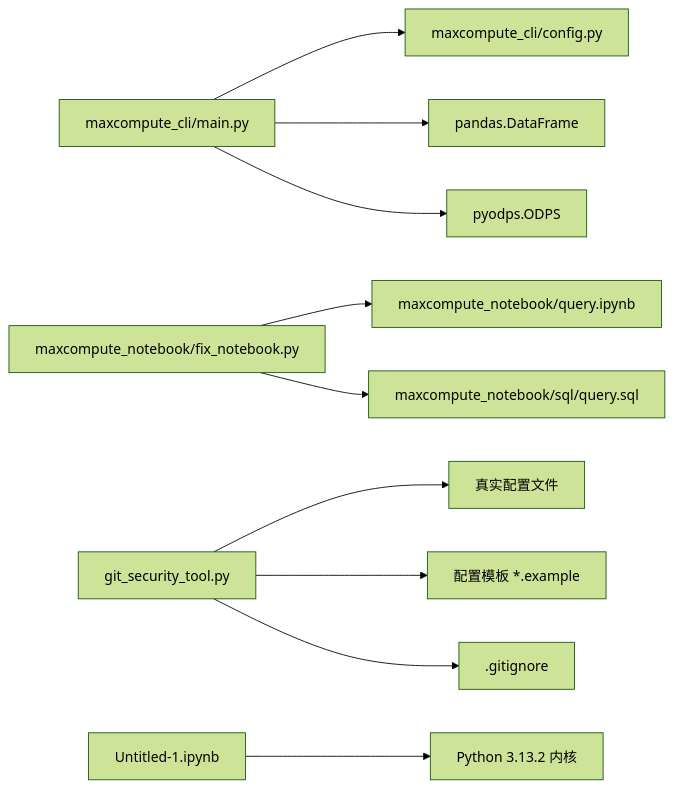
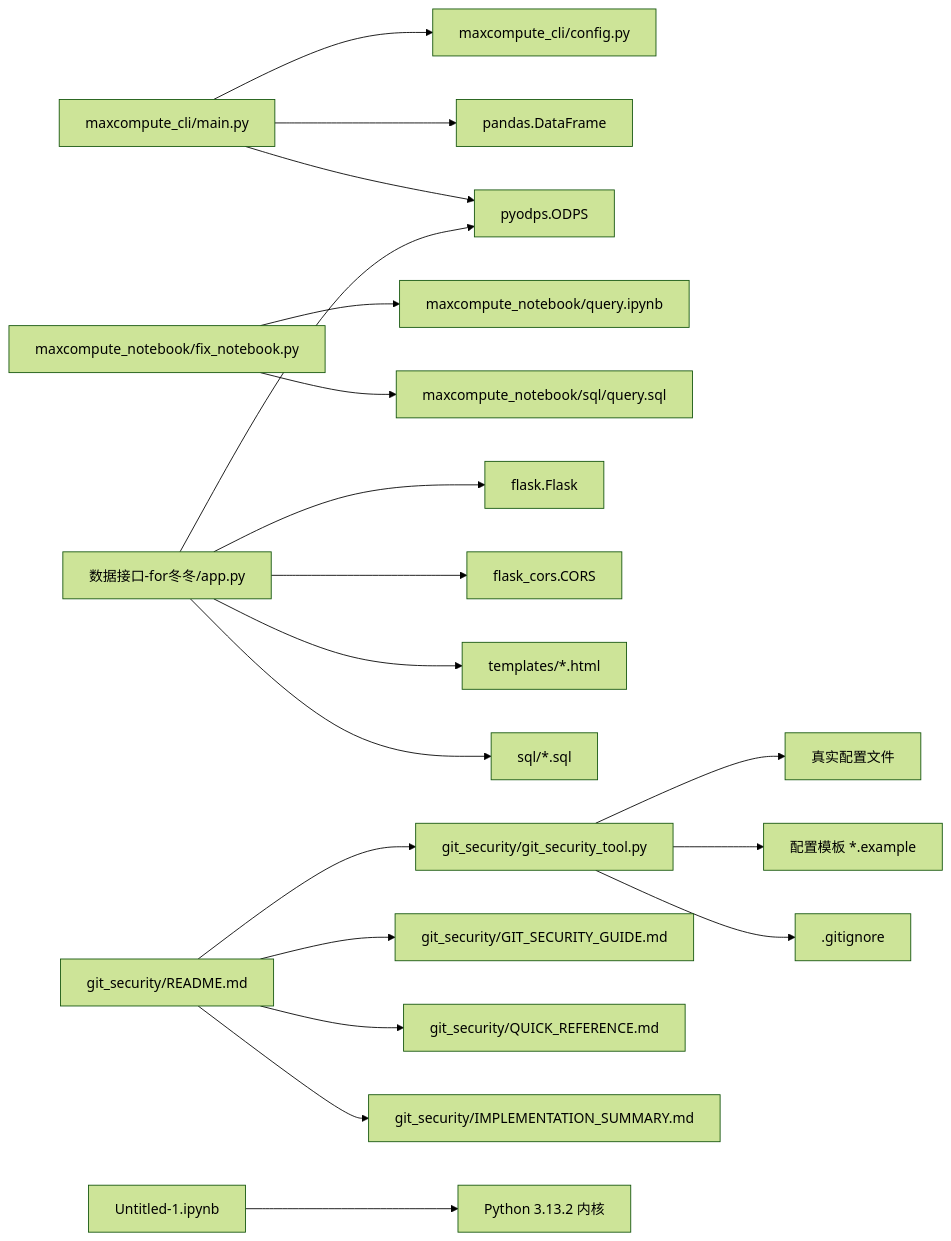
One commit to sd99886/test changed the seventh of 7 diagrams in .qoder/repowiki/zh/content/项目概述.md. Above: the diagram before and after it, drawn with Mermaid (forest theme). The commit also changed other lines of this file and 33 other files, not shown here.

Commit message:
chore: 项目结构调整与文档更新 - 新增飞书API客户端、决策评估表、衡石自定义图表模块 - 移除数据分析-for内部、ollma查询等废弃模块 - 更新repowiki文档结构 - 更新maxcompute_notebook SQL文件

````diff
--- a/.qoder/repowiki/zh/content/项目概述.md
+++ b/.qoder/repowiki/zh/content/项目概述.md
@@ -254,12 +399,21 @@
 ```mermaid
 graph LR
 MainPy["maxcompute_cli/main.py"] --> ConfigPy["maxcompute_cli/config.py"]
 MainPy --> Pandas["pandas.DataFrame"]
 MainPy --> ODPS["pyodps.ODPS"]
 FixNB["maxcompute_notebook/fix_notebook.py"] --> NB_IPYNB["maxcompute_notebook/query.ipynb"]
 FixNB --> NB_SQL["maxcompute_notebook/sql/query.sql"]
-GitTool["git_security_tool.py"] --> RealConfig["真实配置文件"]
+AppPy["数据接口-for冬冬/app.py"] --> Flask["flask.Flask"]
+AppPy --> CORS["flask_cors.CORS"]
+AppPy --> ODPS
+AppPy --> Templates["templates/*.html"]
+AppPy --> SQLFiles["sql/*.sql"]
+GitTool["git_security/git_security_tool.py"] --> RealConfig["真实配置文件"]
 GitTool --> TemplateConfig["配置模板 *.example"]
 GitTool --> GitIgnore[".gitignore"]
+SecurityDocs["git_security/README.md"] --> GitTool
+SecurityDocs --> Guide["git_security/GIT_SECURITY_GUIDE.md"]
+SecurityDocs --> QuickRef["git_security/QUICK_REFERENCE.md"]
+SecurityDocs --> ImplSummary["git_security/IMPLEMENTATION_SUMMARY.md"]
 Untitled["Untitled-1.ipynb"] --> Kernel["Python 3.13.2 内核"]
 ```
````
